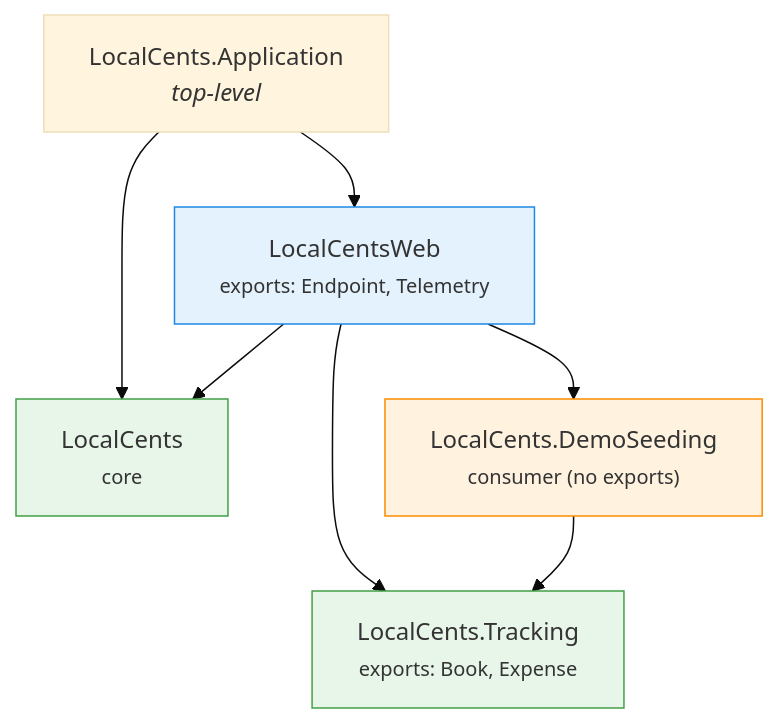
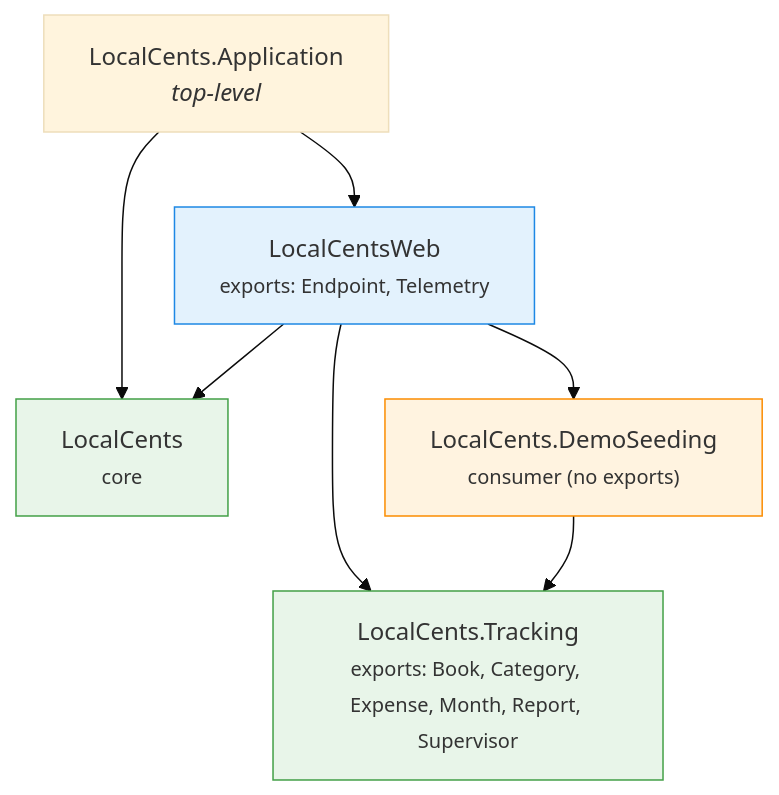
Before and after one commit to zorn/local_cents: the first of 2 diagrams in docs/module-boundaries.md, drawn with Mermaid (base theme). The commit also changed other lines of this file, not shown here.

First line of the commit message:
docs: sync Tracking exports in module-boundaries (#151)

````diff
--- a/docs/module-boundaries.md
+++ b/docs/module-boundaries.md
@@ -68,22 +69,22 @@
 ```mermaid
 graph TD
     App["LocalCents.Application<br/><i>top-level</i>"]
     Web["LocalCentsWeb<br/><small>exports: Endpoint, Telemetry</small>"]
     Core["LocalCents<br/><small>core</small>"]
-    Tracking["LocalCents.Tracking<br/><small>exports: Book, Expense</small>"]
+    Tracking["LocalCents.Tracking<br/><small>exports: Book, Category, Expense, Month, Report, Supervisor</small>"]
     DemoSeeding["LocalCents.DemoSeeding<br/><small>consumer (no exports)</small>"]
 
     App --> Web
     App --> Core
     Web --> Core
     Web --> Tracking
     Web --> DemoSeeding
     DemoSeeding --> Tracking
 
     classDef context fill:#e8f5e9,stroke:#43a047;
     classDef web fill:#e3f2fd,stroke:#1e88e5;
     classDef consumer fill:#fff3e0,stroke:#fb8c00;
     class Tracking,Core context;
     class Web web;
     class DemoSeeding consumer;
 ```
````
